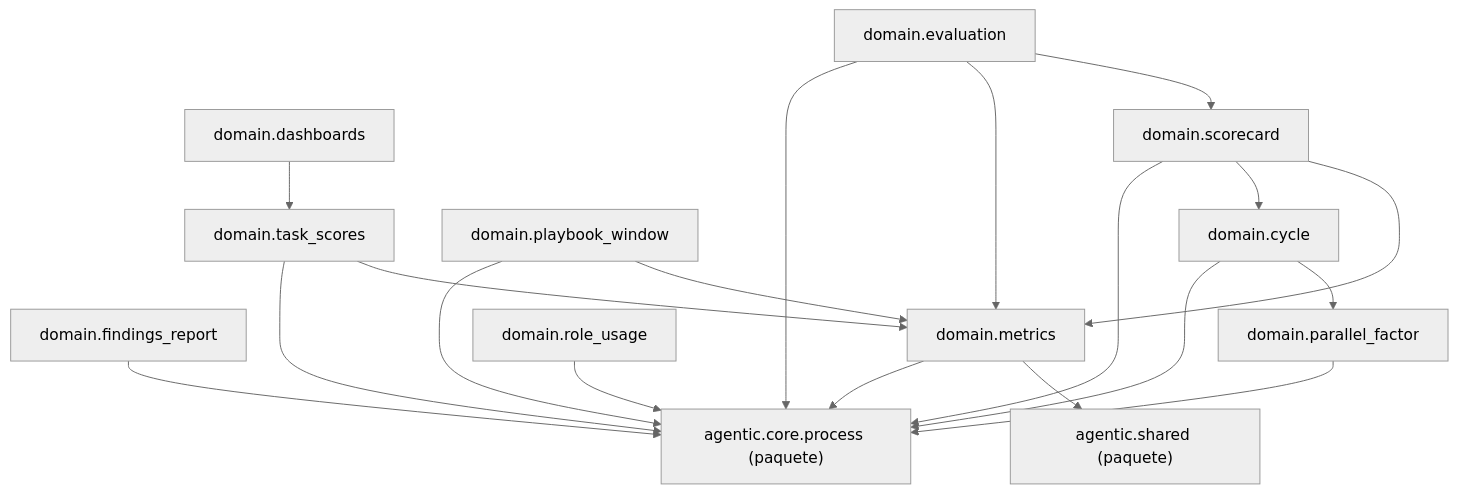
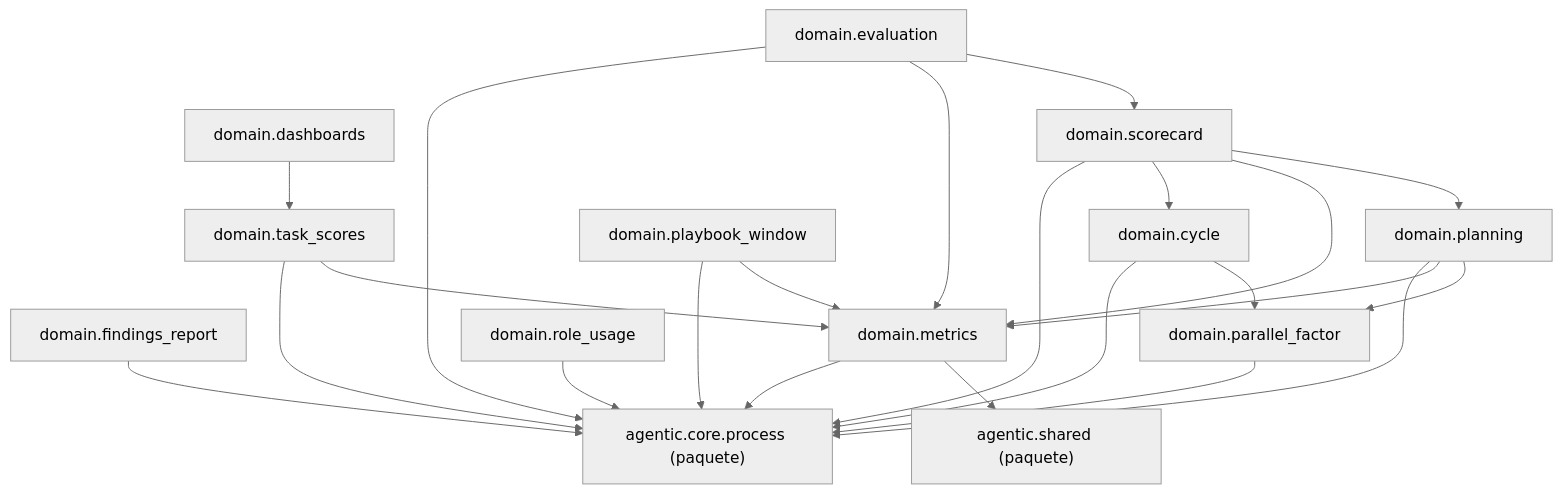
One commit to GonzaloZevallos/agentic-system changed the diagram in docs/architecture/generated/packages-measurement-domain.md. Above: the diagram before and after it, drawn with Mermaid (neutral theme). The commit also changed 12 other files, not shown here.

````diff
--- a/docs/architecture/generated/packages-measurement-domain.md
+++ b/docs/architecture/generated/packages-measurement-domain.md
@@ -8,33 +8,38 @@
 ```mermaid
 graph TD
     g_pkg__agentic__core__process["agentic.core.process (paquete)"]
     g_pkg__agentic__shared["agentic.shared (paquete)"]
     m_domain__cycle["domain.cycle"]
     m_domain__dashboards["domain.dashboards"]
     m_domain__evaluation["domain.evaluation"]
     m_domain__findings_report["domain.findings_report"]
     m_domain__metrics["domain.metrics"]
     m_domain__parallel_factor["domain.parallel_factor"]
+    m_domain__planning["domain.planning"]
     m_domain__playbook_window["domain.playbook_window"]
     m_domain__role_usage["domain.role_usage"]
     m_domain__scorecard["domain.scorecard"]
     m_domain__task_scores["domain.task_scores"]
     m_domain__cycle --> g_pkg__agentic__core__process
     m_domain__cycle --> m_domain__parallel_factor
     m_domain__dashboards --> m_domain__task_scores
     m_domain__evaluation --> g_pkg__agentic__core__process
     m_domain__evaluation --> m_domain__metrics
     m_domain__evaluation --> m_domain__scorecard
     m_domain__findings_report --> g_pkg__agentic__core__process
     m_domain__metrics --> g_pkg__agentic__core__process
     m_domain__metrics --> g_pkg__agentic__shared
     m_domain__parallel_factor --> g_pkg__agentic__core__process
+    m_domain__planning --> g_pkg__agentic__core__process
+    m_domain__planning --> m_domain__metrics
+    m_domain__planning --> m_domain__parallel_factor
     m_domain__playbook_window --> g_pkg__agentic__core__process
     m_domain__playbook_window --> m_domain__metrics
     m_domain__role_usage --> g_pkg__agentic__core__process
     m_domain__scorecard --> g_pkg__agentic__core__process
     m_domain__scorecard --> m_domain__cycle
     m_domain__scorecard --> m_domain__metrics
+    m_domain__scorecard --> m_domain__planning
     m_domain__task_scores --> g_pkg__agentic__core__process
     m_domain__task_scores --> m_domain__metrics
 ```
````
